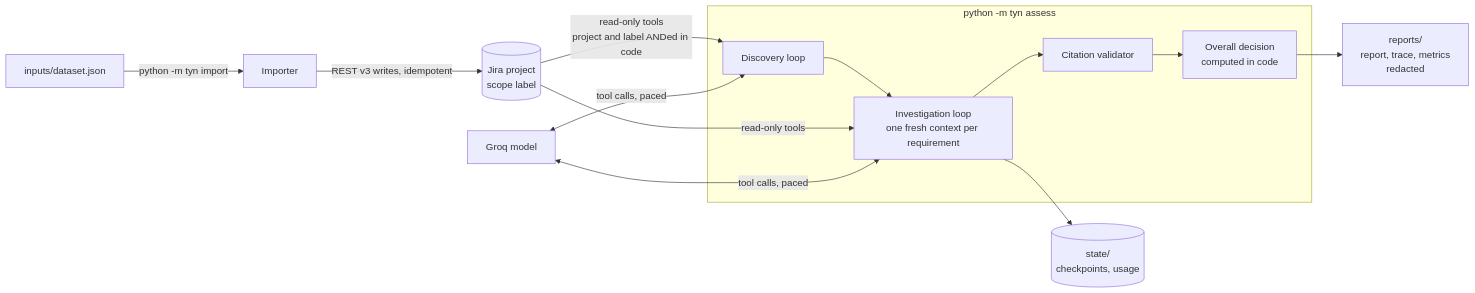
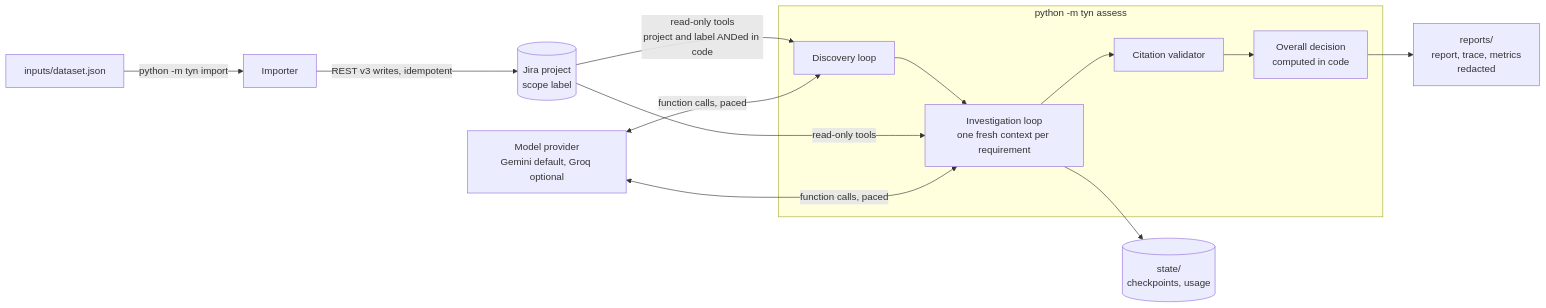
One commit to ArvinthRajkumar/TYN changed the diagram in README.md. Above: the diagram before and after it, drawn with Mermaid. The commit also changed other lines of this file and 1 other file, not shown here.

First line of the commit message:
docs: document the Gemini provider and the full run history

````diff
--- a/README.md
+++ b/README.md
@@ -29,16 +30,16 @@
 ```mermaid
 flowchart LR
     DS[inputs/dataset.json] -->|python -m tyn import| IMP[Importer]
     IMP -->|REST v3 writes, idempotent| JIRA[(Jira project<br/>scope label)]
     subgraph AGENT [python -m tyn assess]
         DISC[Discovery loop] --> INV[Investigation loop<br/>one fresh context per requirement]
         INV --> VAL[Citation validator]
         VAL --> AGG[Overall decision<br/>computed in code]
     end
     JIRA -->|read-only tools<br/>project and label ANDed in code| DISC
     JIRA -->|read-only tools| INV
-    LLM[Groq model] <-->|tool calls, paced| DISC
-    LLM <-->|tool calls, paced| INV
+    LLM[Model provider<br/>Gemini default, Groq optional] <-->|function calls, paced| DISC
+    LLM <-->|function calls, paced| INV
     INV --> STATE[(state/<br/>checkpoints, usage)]
     AGG --> OUT[reports/<br/>report, trace, metrics<br/>redacted]
 ```
````
